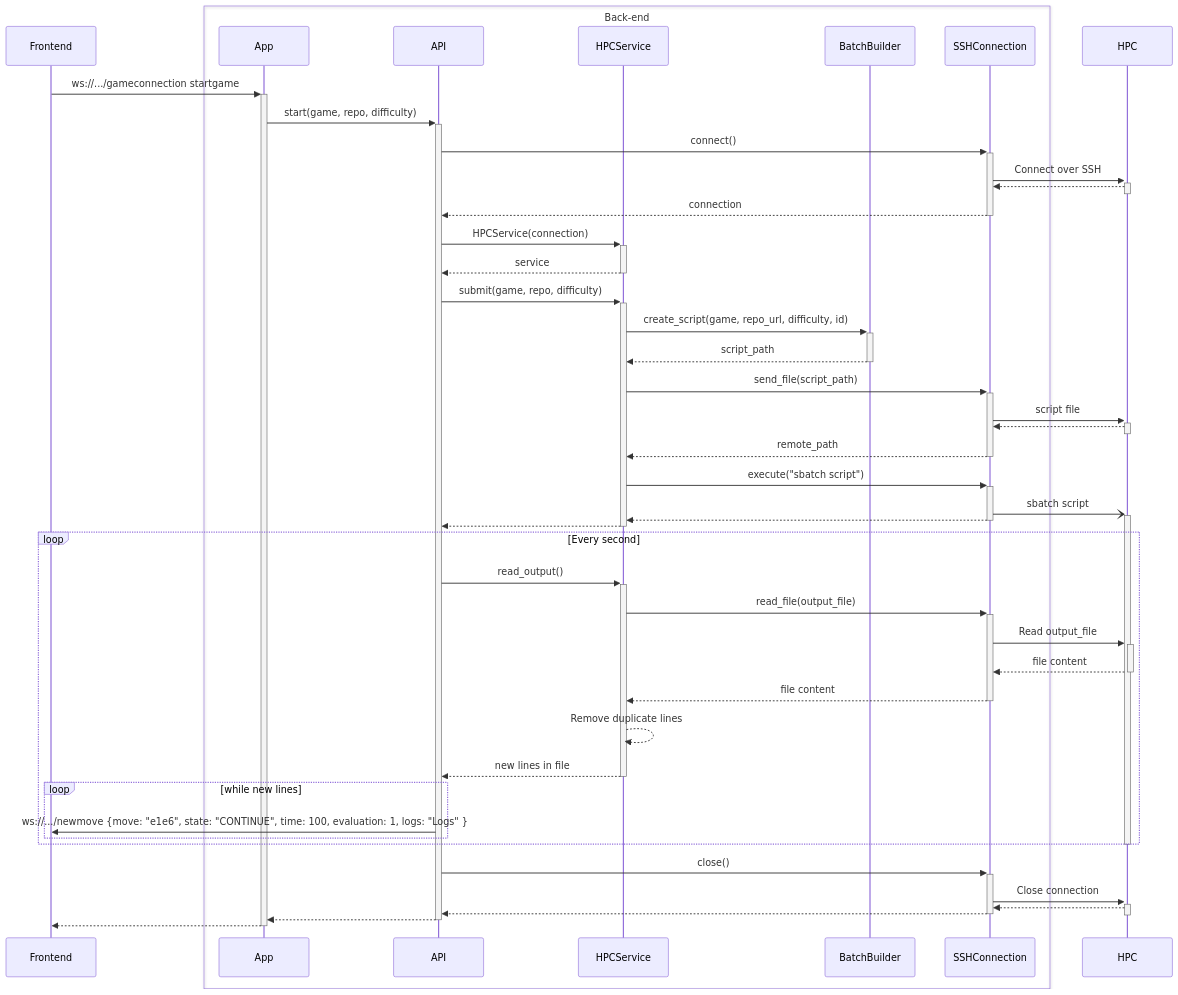
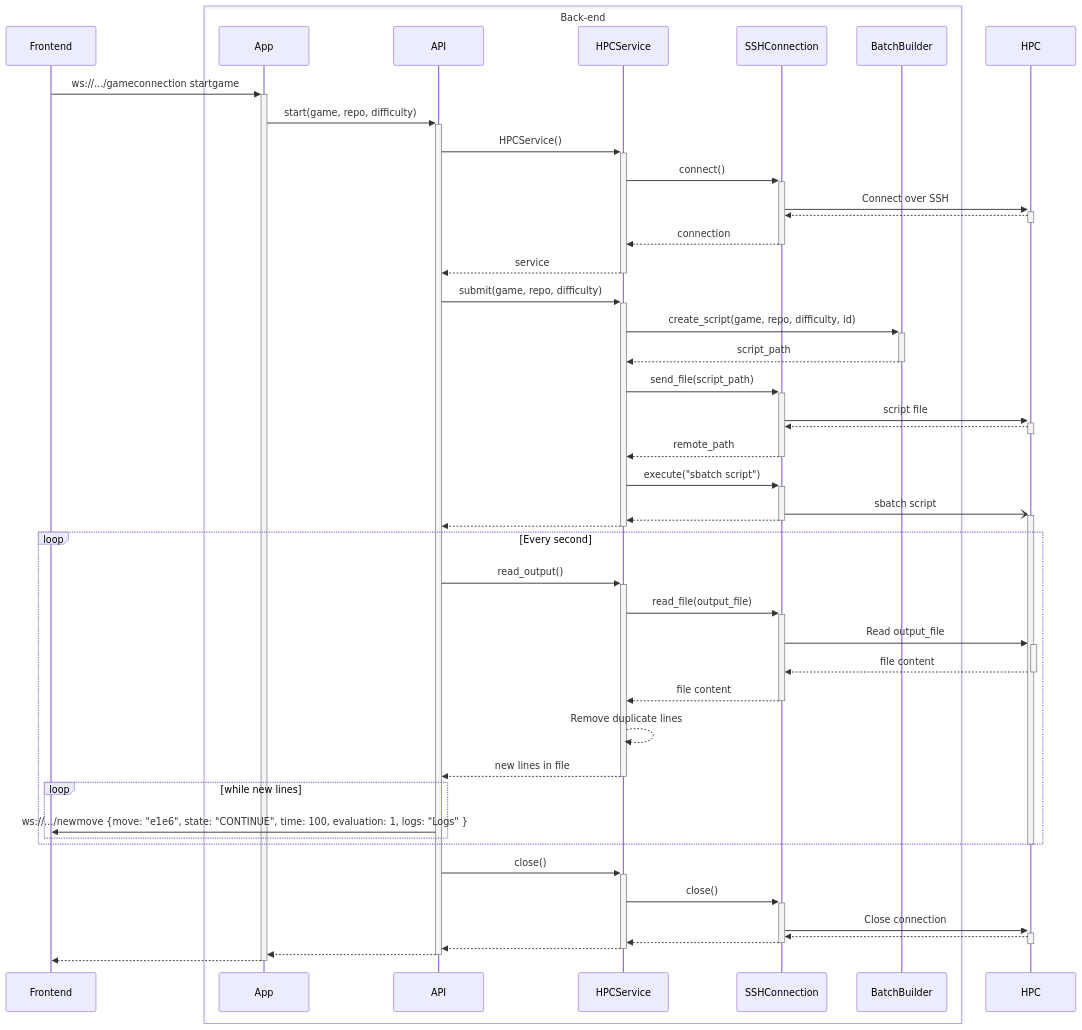
One commit to game-ai-platform-team/tira-ai-platform changed the second of 5 diagrams in docs/architecture.md. Above: the diagram before and after it, drawn with Mermaid. The commit also changed other lines of this file, not shown here.

Commit message:
docs(#111): Update architecture

````diff
--- a/docs/architecture.md
+++ b/docs/architecture.md
@@ -53,66 +53,67 @@
 ```mermaid
 sequenceDiagram
 
 participant Frontend
 
 box Back-end
     participant App
     participant API
     participant HPCService
+    participant SSHConnection
     participant BatchBuilder
-    participant SSHConnection
 end
 
 Frontend ->>+ App: ws://.../gameconnection startgame
 
 App ->>+ API: start(game, repo, difficulty)
-API ->>+ SSHConnection: connect()
 
-SSHConnection ->>+ HPC: Connect over SSH
-HPC -->>- SSHConnection: 
-SSHConnection -->>- API: connection
-
-API ->>+ HPCService: HPCService(connection)
+API ->>+ HPCService: HPCService()
+    HPCService ->>+ SSHConnection: connect()
+    SSHConnection ->>+ HPC: Connect over SSH
+    HPC -->>- SSHConnection: 
+    SSHConnection -->>- HPCService: connection
 HPCService -->>- API: service
 
 API ->>+ HPCService: submit(game, repo, difficulty)
-    HPCService ->>+ BatchBuilder: create_script(game, repo_url, difficulty, id)
+    HPCService ->>+ BatchBuilder: create_script(game, repo, difficulty, id)
     BatchBuilder -->>- HPCService: script_path
 
     HPCService ->>+ SSHConnection: send_file(script_path)
         SSHConnection ->>+ HPC: script file
         HPC -->>- SSHConnection: 
     SSHConnection -->>- HPCService: remote_path
 
     HPCService ->>+ SSHConnection: execute("sbatch script")
         SSHConnection -)+ HPC: sbatch script
         
     SSHConnection -->>- HPCService: 
 HPCService -->>- API: 
 
 loop Every second
     API ->>+ HPCService: read_output()
         HPCService ->>+ SSHConnection: read_file(output_file)
         SSHConnection ->>+ HPC: Read output_file
         HPC -->>- SSHConnection: file content
         SSHConnection -->>- HPCService: file content
 
         HPCService -->> HPCService: Remove duplicate lines
 
     HPCService -->>- API: new lines in file
 
     loop while new lines
         API ->> Frontend: ws://.../newmove {move: "e1e6", state: "CONTINUE", time: 100, evaluation: 1, logs: "Logs" }
     end
 end
 
 deactivate HPC
 
-API ->>+ SSHConnection: close()
+API ->>+ HPCService: close()
+    HPCService ->>+ SSHConnection: close()
     SSHConnection ->>+ HPC: Close connection
     HPC -->>- SSHConnection: 
-SSHConnection -->>- API: 
+    SSHConnection -->>- HPCService: 
+HPCService -->>- API: 
 
 API -->>- App: 
 App -->>- Frontend: 
 ```
````
